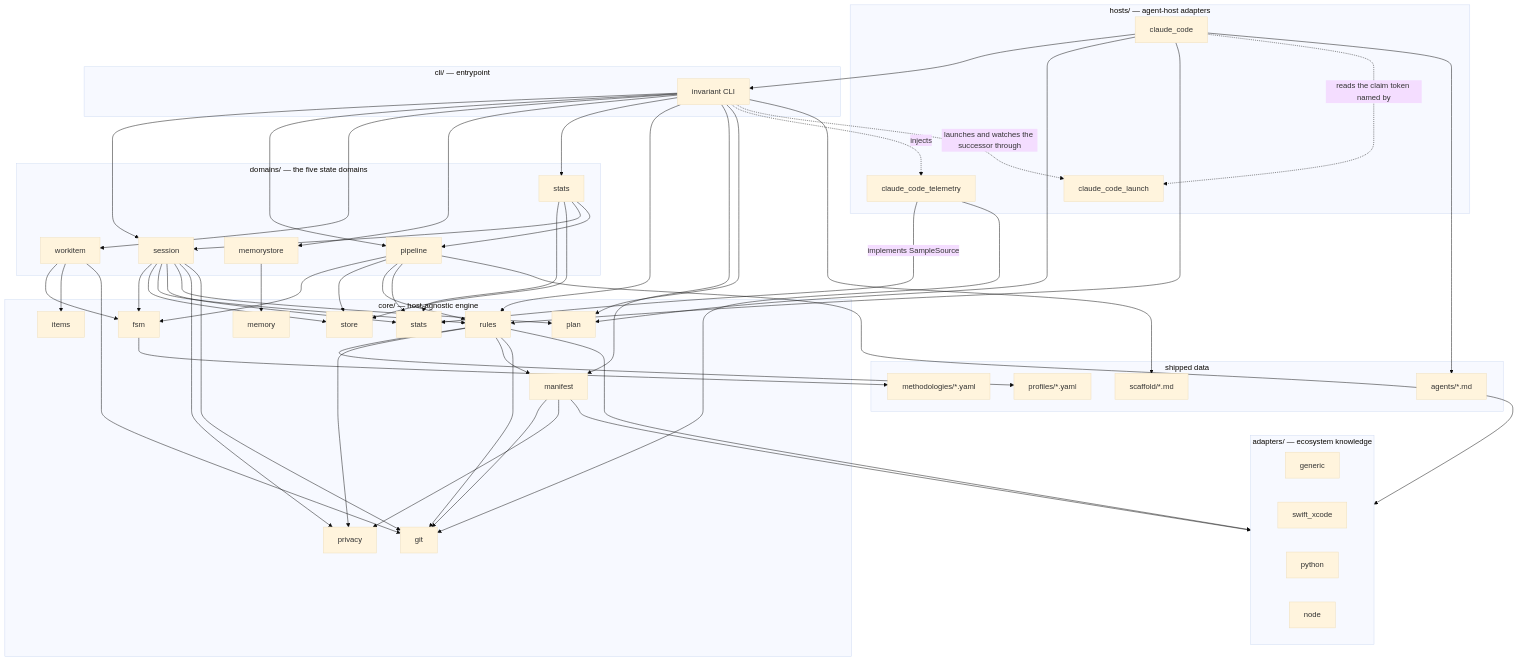
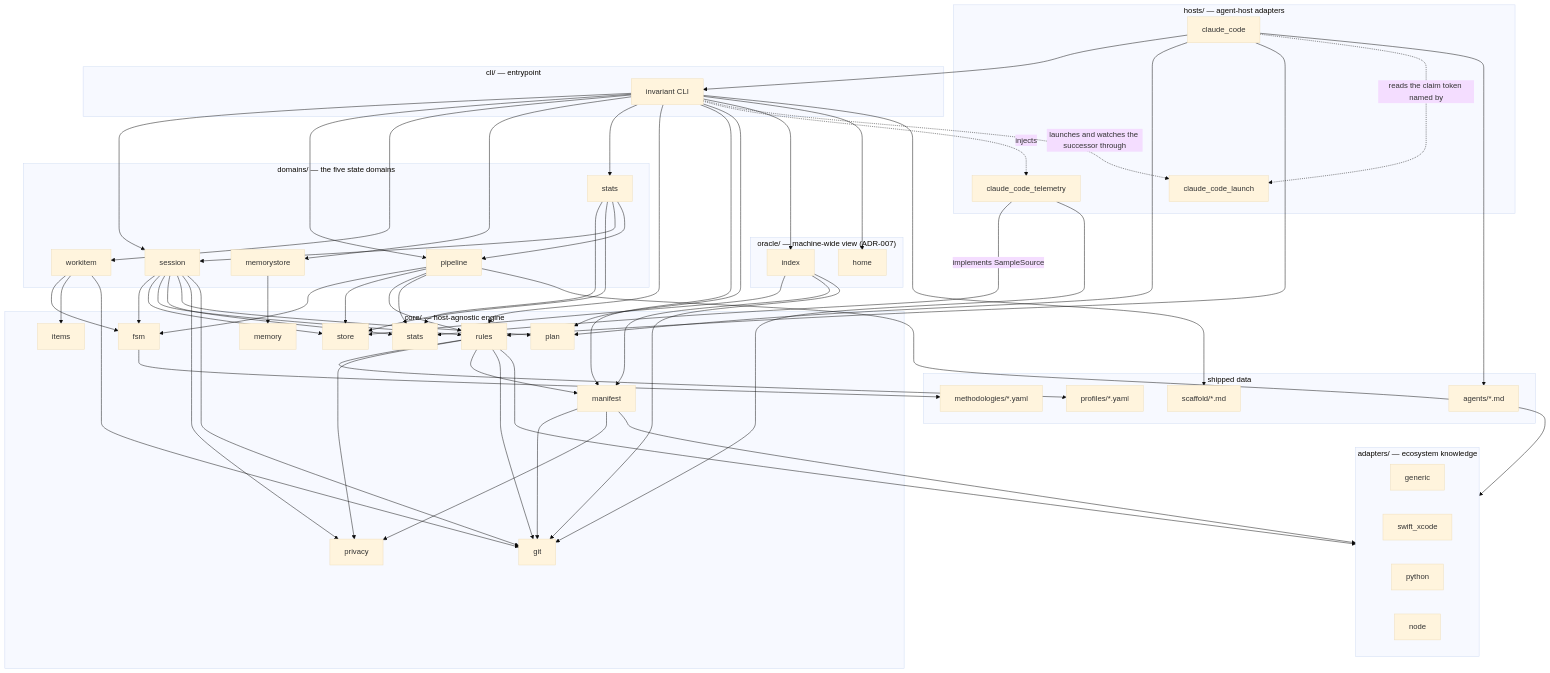
One commit to Mindchallenges/Invariant changed the first of 4 diagrams in docs/architecture/overview.md. Above: the diagram before and after it, drawn with Mermaid (base theme). The commit also changed other lines of this file and 12 other files, not shown here.

First line of the commit message:
oracle - project index, oracle projects commands, auto-registration (IDEA_012 inc 1)

```diff
--- a/docs/architecture/overview.md
+++ b/docs/architecture/overview.md
@@ -19,6 +19,11 @@
 
     subgraph cli["cli/ — entrypoint"]
         CLI[invariant CLI]
+    end
+
+    subgraph oracle["oracle/ — machine-wide view (ADR-007)"]
+        OHOME[home]
+        OINDEX[index]
     end
 
     subgraph core["core/ — host-agnostic engine"]
@@ -70,6 +75,11 @@
     CLI --> PLAN
     CLI -. injects .-> CCTEL
     CLI -. launches and watches the successor through .-> CCLAUNCH
+    CLI --> OINDEX
+    CLI --> OHOME
+    OINDEX --> STORE
+    OINDEX --> MANIFEST
+    OINDEX --> GIT
 
     SESSION --> FSM
     PIPELINE --> FSM
```
